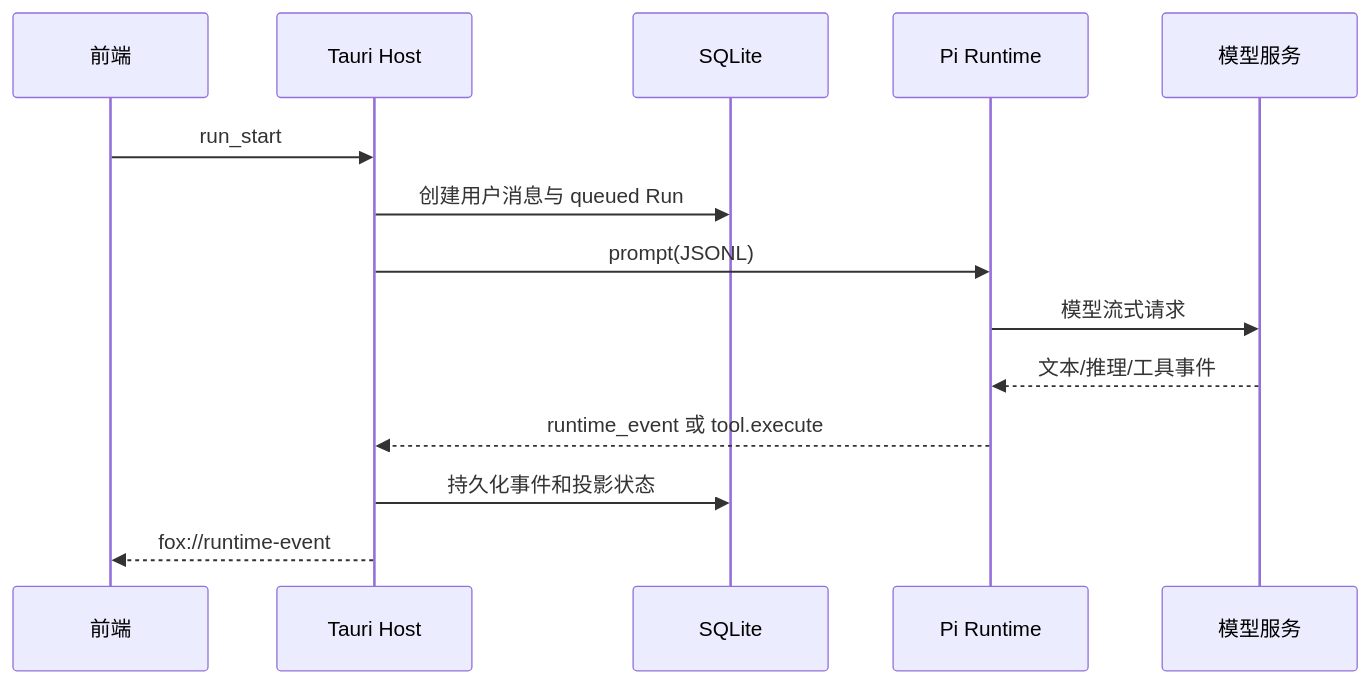
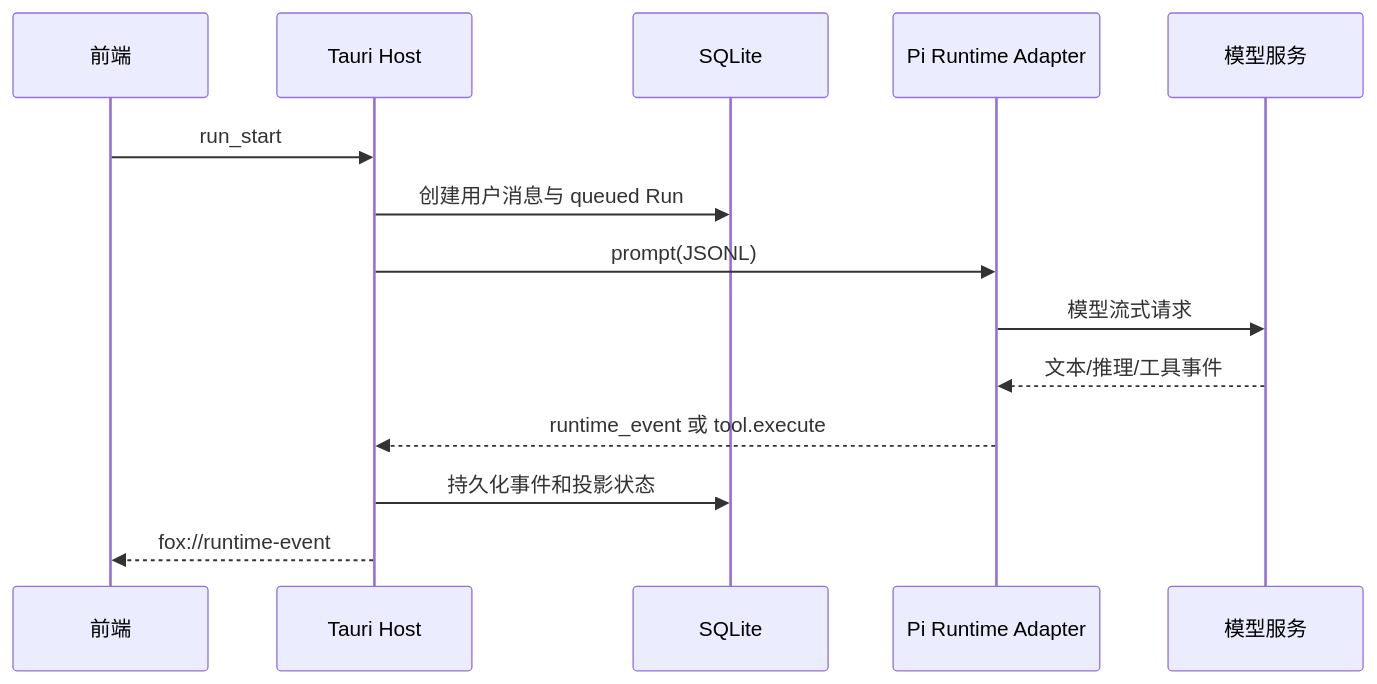
One commit to Hry1729/Fox-Agent changed the second of 2 diagrams in docs/02-架构/总体架构.md. Above: the diagram before and after it, drawn with Mermaid. The commit also changed other lines of this file and 1702 other files, not shown here.

````diff
--- a/docs/02-架构/总体架构.md
+++ b/docs/02-架构/总体架构.md
@@ -42,16 +63,16 @@
 ```mermaid
 sequenceDiagram
     participant UI as 前端
     participant H as Tauri Host
     participant D as SQLite
-    participant R as Pi Runtime
+    participant R as Pi Runtime Adapter
     participant M as 模型服务
     UI->>H: run_start
     H->>D: 创建用户消息与 queued Run
     H->>R: prompt(JSONL)
     R->>M: 模型流式请求
     M-->>R: 文本/推理/工具事件
     R-->>H: runtime_event 或 tool.execute
     H->>D: 持久化事件和投影状态
     H-->>UI: fox://runtime-event
 ```
````
